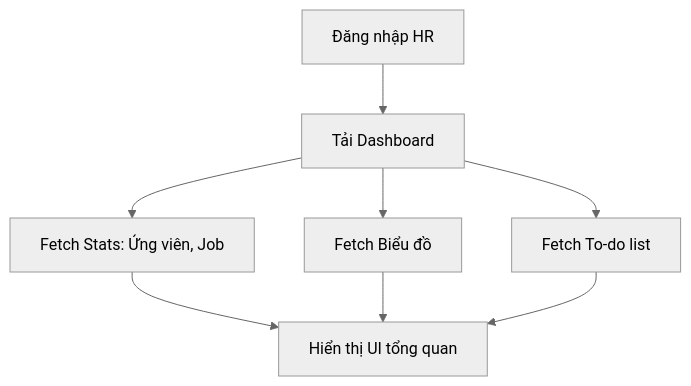
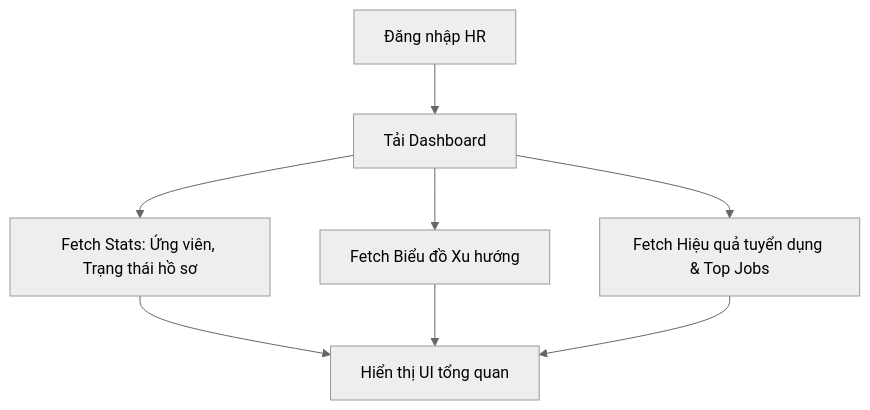
Before and after one commit to VanHaPtit/EasyTech_FE: the diagram in nghiep_vu/epic-03_HR_Dashboard_Job_Management/user-story-10_Dashboard_Tong_Quan/user-story.md, drawn with Mermaid (neutral theme). The commit also changed other lines of this file and 10 other files, not shown here.

````diff
--- a/nghiep_vu/epic-03_HR_Dashboard_Job_Management/user-story-10_Dashboard_Tong_Quan/user-story.md
+++ b/nghiep_vu/epic-03_HR_Dashboard_Job_Management/user-story-10_Dashboard_Tong_Quan/user-story.md
@@ -11,10 +11,10 @@
 ```mermaid
 graph TD
     A[Đăng nhập HR] --> B[Tải Dashboard]
-    B --> C[Fetch Stats: Ứng viên, Job]
-    B --> D[Fetch Biểu đồ]
-    B --> E[Fetch To-do list]
+    B --> C[Fetch Stats: Ứng viên, Trạng thái hồ sơ]
+    B --> D[Fetch Biểu đồ Xu hướng]
+    B --> E[Fetch Hiệu quả tuyển dụng & Top Jobs]
     C --> F[Hiển thị UI tổng quan]
     D --> F
     E --> F
 ```
````
